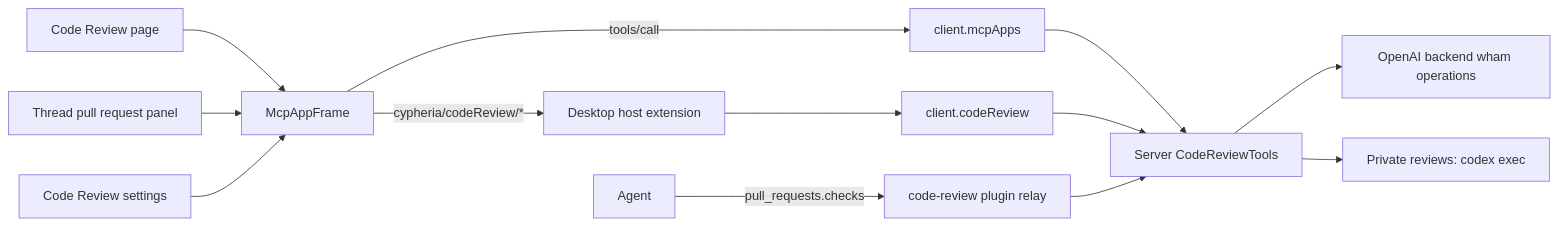
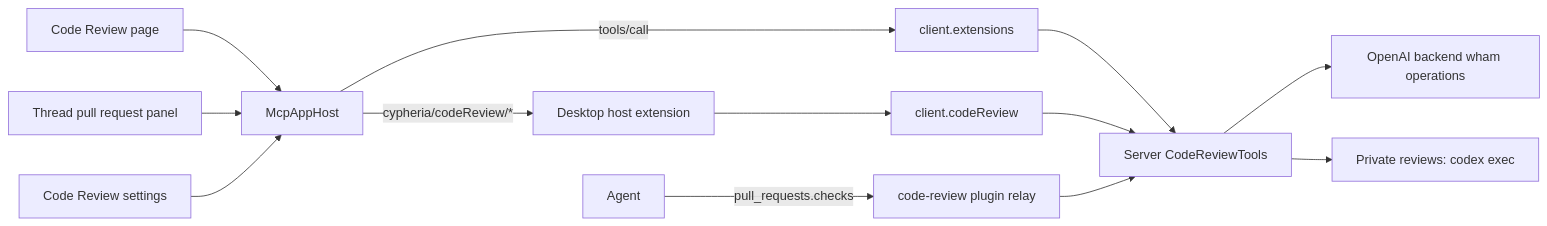
One commit to cypheriaweb3/cypheria changed the diagram in docs/code-review.md. Above: the diagram before and after it, drawn with Mermaid. The commit also changed other lines of this file and 138 other files, not shown here.

````diff
--- a/docs/code-review.md
+++ b/docs/code-review.md
@@ -21,15 +21,15 @@
 ```mermaid
 flowchart LR
-  Page[Code Review page] --> Frame[McpAppFrame]
+  Page[Code Review page] --> Frame[McpAppHost]
   Panel[Thread pull request panel] --> Frame
   Settings[Code Review settings] --> Frame
-  Frame -->|tools/call| Client[client.mcpApps]
+  Frame -->|tools/call| Client[client.extensions]
   Frame -->|cypheria/codeReview/*| Host[Desktop host extension]
   Host --> CR[client.codeReview]
   Client --> Server[Server CodeReviewTools]
   CR --> Server
   Agent[Agent] -->|pull_requests.checks| Relay[code-review plugin relay]
   Relay --> Server
   Server --> Backend[OpenAI backend wham operations]
   Server --> Private[Private reviews: codex exec]
 ```
````
